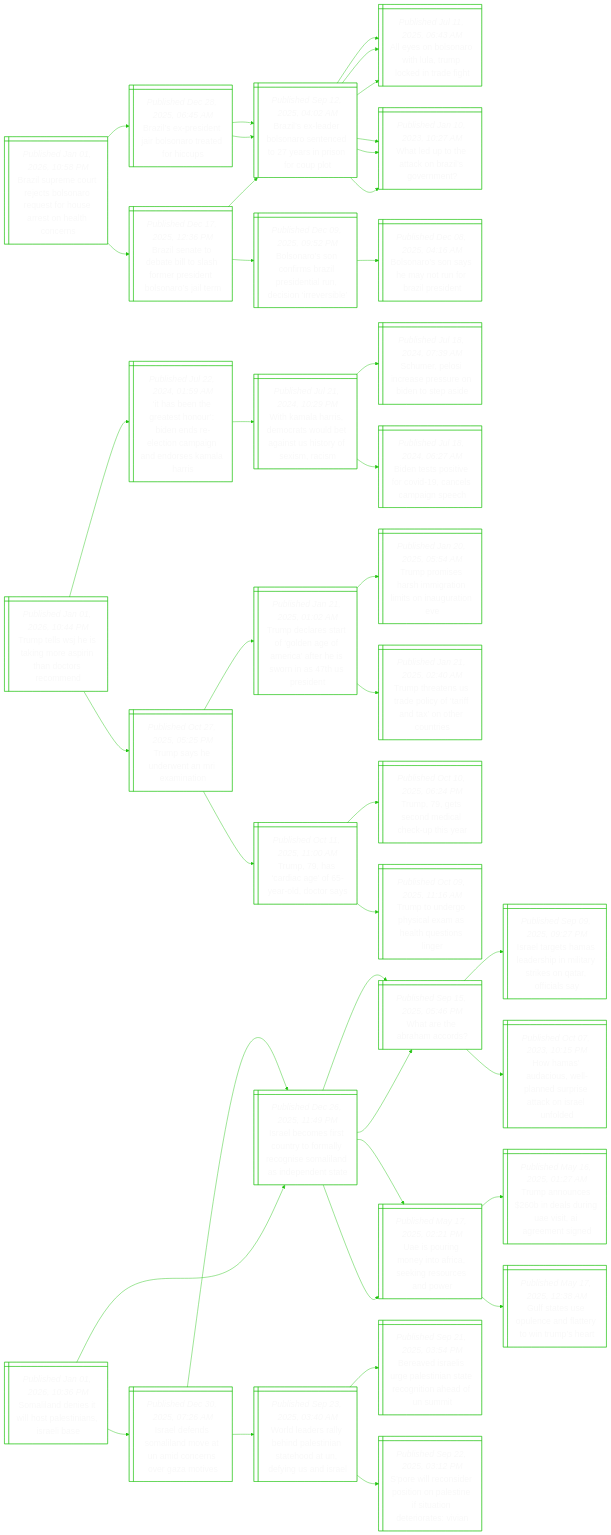
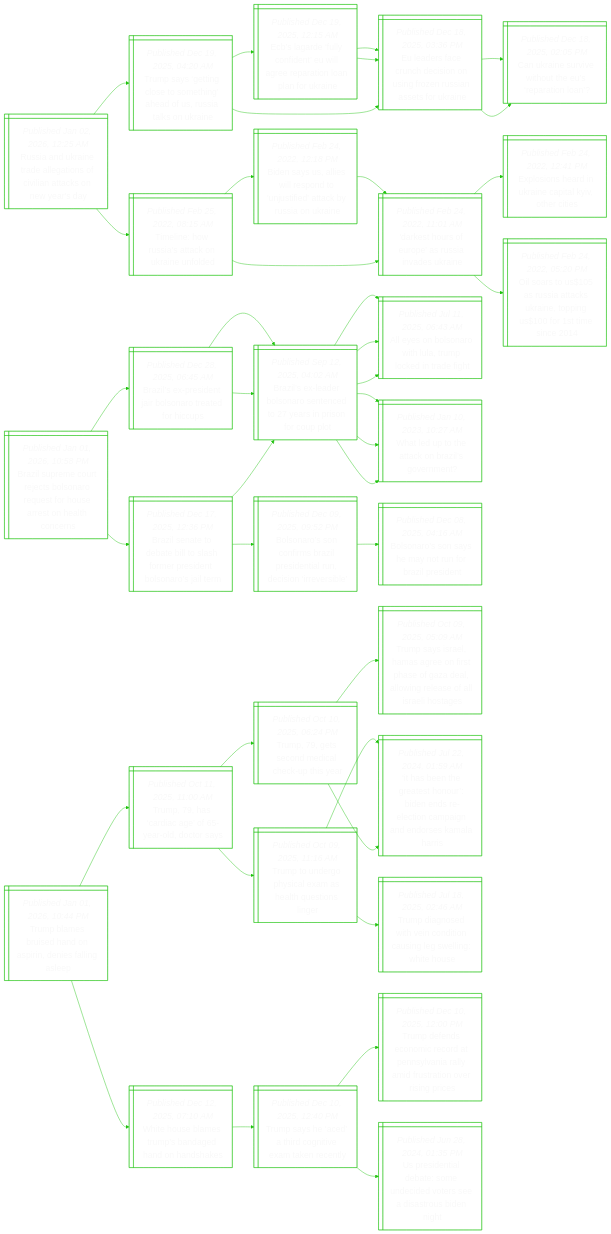
Before and after one commit to notJmes/notJmes: the diagram in README.md, drawn with Mermaid. The commit also changed other lines of this file, not shown here.

````diff
--- a/README.md
+++ b/README.md
@@ -15,6 +15,49 @@
 %%{init: {'theme':'base', 'themeVariables': {'primaryColor': "transparent", 'primaryTextColor': "#F9F9F9", 'lineColor': "#20C20E", 'primaryBorderColor':'#20C20E'}}}%%
 flowchart LR
 classDef txtsize font-size:20px;
+
+Rakeegniaanea@{ shape: win-pane, label: "_Published Jan 02, 2026, 12:25 AM_
+Russia and ukraine trade allegations of civilian attacks on new year's day" }
+TsegemnaSikke@{ shape: win-pane, label: "_Published Dec 19, 2025, 04:20 AM_
+Trump says ‘getting close to something’ ahead of us, russia talks on ukraine" }
+EdaueosrRaeri@{ shape: win-pane, label: "_Published Dec 18, 2025, 03:36 PM_
+Eu leaders face crunch decision on using frozen russian assets for ukraine" }
+Crsvhhral@{ shape: win-pane, label: "_Published Dec 18, 2025, 02:05 PM_
+Can ukraine survive without the eu’s ‘reparation loan’?" }
+Crsvhhral@{ shape: win-pane, label: "_Published Dec 18, 2025, 02:05 PM_
+Can ukraine survive without the eu’s ‘reparation loan’?" }
+EaeyiElernpoa@{ shape: win-pane, label: "_Published Dec 19, 2025, 12:15 AM_
+Ecb’s lagarde ‘fully confident’ eu will agree reparation loan plan for ukraine" }
+EdaueosrRaeri@{ shape: win-pane, label: "_Published Dec 18, 2025, 03:36 PM_
+Eu leaders face crunch decision on using frozen russian assets for ukraine" }
+EdaueosrRaeri@{ shape: win-pane, label: "_Published Dec 18, 2025, 03:36 PM_
+Eu leaders face crunch decision on using frozen russian assets for ukraine" }
+Tiwitnifd@{ shape: win-pane, label: "_Published Feb 25, 2022, 08:15 AM_
+Timeline: how russia's attack on ukraine unfolded" }
+DsruasvUn@{ shape: win-pane, label: "_Published Feb 24, 2022, 11:01 AM_
+'darkest hours of europe' as russia invades ukraine" }
+Eshiaalocs@{ shape: win-pane, label: "_Published Feb 24, 2022, 12:41 PM_
+Explosions heard in ukraine capital kyiv, other cities" }
+OaUuakaogrmc@{ shape: win-pane, label: "_Published Feb 24, 2022, 05:20 PM_
+Oil soars to us$105 as russia attacks ukraine, topping us$100 for 1st time since 2014" }
+BsSeloutdcuoa@{ shape: win-pane, label: "_Published Feb 24, 2022, 12:18 PM_
+Biden says us, allies will respond to 'unjustified' attack by russia on ukraine" }
+DsruasvUn@{ shape: win-pane, label: "_Published Feb 24, 2022, 11:01 AM_
+'darkest hours of europe' as russia invades ukraine" }
+
+Rakeegniaanea:::txtsize --> TsegemnaSikke:::txtsize
+TsegemnaSikke:::txtsize --> EdaueosrRaeri:::txtsize
+EdaueosrRaeri:::txtsize --> Crsvhhral:::txtsize
+EdaueosrRaeri:::txtsize --> Crsvhhral:::txtsize
+TsegemnaSikke:::txtsize --> EaeyiElernpoa:::txtsize
+EaeyiElernpoa:::txtsize --> EdaueosrRaeri:::txtsize
+EaeyiElernpoa:::txtsize --> EdaueosrRaeri:::txtsize
+Rakeegniaanea:::txtsize --> Tiwitnifd:::txtsize
+Tiwitnifd:::txtsize --> DsruasvUn:::txtsize
+DsruasvUn:::txtsize --> Eshiaalocs:::txtsize
+DsruasvUn:::txtsize --> OaUuakaogrmc:::txtsize
+Tiwitnifd:::txtsize --> BsSeloutdcuoa:::txtsize
+BsSeloutdcuoa:::txtsize --> DsruasvUn:::txtsize
 
 BleujBnetorolns@{ shape: win-pane, label: "_Published Jan 01, 2026, 10:58 PM_
 Brazil supreme court rejects bolsonaro request for house arrest on health concerns" }
@@ -59,87 +102,41 @@
 BleBnecyisrp:::txtsize --> Aeoataperi:::txtsize
 BleBnecyisrp:::txtsize --> Weotozom:::txtsize
 
-TtWiirihcrm@{ shape: win-pane, label: "_Published Jan 01, 2026, 10:44 PM_
-Trump tells wsj he is taking more aspirin than doctors recommend" }
-IbhahrnrccidraHs@{ shape: win-pane, label: "_Published Jul 22, 2024, 01:59 AM_
-‘it has been the greatest honour’: biden ends re-election campaign and endorses kamala harris" }
-WaHscwbaUtfsi@{ shape: win-pane, label: "_Published Jul 21, 2024, 10:29 PM_
-With kamala harris, democrats would bet against us history of sexism, racism" }
-Seocesnned@{ shape: win-pane, label: "_Published Jul 18, 2024, 07:39 AM_
-Schumer, pelosi increase pressure on biden to step aside" }
-Btpirdemnc@{ shape: win-pane, label: "_Published Jul 18, 2024, 06:27 AM_
-Biden tests positive for covid-19, cancels campaign speech" }
-Tseraenn@{ shape: win-pane, label: "_Published Oct 27, 2025, 05:25 PM_
-Trump says he underwent an mri examination" }
-TdragnfitirsPd@{ shape: win-pane, label: "_Published Jan 21, 2025, 01:02 AM_
-Trump declares start of ‘golden age of america’ after he is sworn in as 47th us president" }
-Tpsrmtioutv@{ shape: win-pane, label: "_Published Jan 20, 2025, 05:54 AM_
-Trump promises harsh immigration limits on inauguration eve" }
-TttSecaaxhue@{ shape: win-pane, label: "_Published Jan 21, 2025, 02:40 AM_
-Trump threatens us trade policy of ‘tariff and tax’ on other countries" }
+Tbssnsnels@{ shape: win-pane, label: "_Published Jan 01, 2026, 10:44 PM_
+Trump blames bruised hand on aspirin, denies falling asleep" }
 Thraylty@{ shape: win-pane, label: "_Published Oct 11, 2025, 11:00 AM_
 Trump, 79, has ‘cardiac age’ of 65-year-old, doctor says" }
 Tgemacha@{ shape: win-pane, label: "_Published Oct 10, 2025, 06:24 PM_
 Trump, 79, gets second medical check-up this year" }
+TssHaossaaorslaoe@{ shape: win-pane, label: "_Published Oct 09, 2025, 05:09 AM_
+Trump says israel, hamas agree on first phase of gaza deal, allowing release of all israeli hostages" }
+IbhahrnrccidraHs@{ shape: win-pane, label: "_Published Jul 22, 2024, 01:59 AM_
+‘it has been the greatest honour’: biden ends re-election campaign and endorses kamala harris" }
 Ttehamauon@{ shape: win-pane, label: "_Published Oct 09, 2025, 11:16 AM_
 Trump to undergo physical exam as health questions linger" }
+Tdoiidniglho@{ shape: win-pane, label: "_Published Jul 18, 2025, 02:46 AM_
+Trump diagnosed with vein condition causing leg swelling: white house" }
+IbhahrnrccidraHs@{ shape: win-pane, label: "_Published Jul 22, 2024, 01:59 AM_
+‘it has been the greatest honour’: biden ends re-election campaign and endorses kamala harris" }
+WHbspdhnss@{ shape: win-pane, label: "_Published Dec 12, 2025, 07:10 AM_
+White house blames trump’s bandaged hand on handshakes" }
+Tseadieael@{ shape: win-pane, label: "_Published Dec 10, 2025, 12:40 PM_
+Trump says he ‘aced’ a third cognitive exam taken recently" }
+Tddnrdnvraraoips@{ shape: win-pane, label: "_Published Dec 10, 2025, 12:00 PM_
+Trump defends economic record at pennsylvania rally amid frustration over rising prices" }
+UsteSndtesodg@{ shape: win-pane, label: "_Published Jun 28, 2024, 01:35 PM_
+Us presidential debate: some undecided voters see a disastrous biden night" }
 
-TtWiirihcrm:::txtsize --> IbhahrnrccidraHs:::txtsize
-IbhahrnrccidraHs:::txtsize --> WaHscwbaUtfsi:::txtsize
-WaHscwbaUtfsi:::txtsize --> Seocesnned:::txtsize
-WaHscwbaUtfsi:::txtsize --> Btpirdemnc:::txtsize
-TtWiirihcrm:::txtsize --> Tseraenn:::txtsize
-Tseraenn:::txtsize --> TdragnfitirsPd:::txtsize
-TdragnfitirsPd:::txtsize --> Tpsrmtioutv:::txtsize
-TdragnfitirsPd:::txtsize --> TttSecaaxhue:::txtsize
-Tseraenn:::txtsize --> Thraylty:::txtsize
+Tbssnsnels:::txtsize --> Thraylty:::txtsize
 Thraylty:::txtsize --> Tgemacha:::txtsize
+Tgemacha:::txtsize --> TssHaossaaorslaoe:::txtsize
+Tgemacha:::txtsize --> IbhahrnrccidraHs:::txtsize
 Thraylty:::txtsize --> Ttehamauon:::txtsize
-
-Sidsltsarb@{ shape: win-pane, label: "_Published Jan 01, 2026, 10:36 PM_
-Somaliland denies it will host palestinians, israeli base" }
-Ilmrutmrnolspnt@{ shape: win-pane, label: "_Published Dec 26, 2025, 11:49 PM_
-Israel becomes first country to formally recognise somaliland as independent state" }
-WrAao@{ shape: win-pane, label: "_Published Sep 15, 2025, 05:46 PM_
-What are the abraham accords?" }
-Ilemahmaroais@{ shape: win-pane, label: "_Published Sep 09, 2025, 09:27 PM_
-Israel targets hamas leadership in military strikes on qatar, officials say" }
-Hmdulnrecsud@{ shape: win-pane, label: "_Published Oct 07, 2023, 10:15 PM_
-How hamas’ audacious, well-planned surprise attack on israel unfolded" }
-Upneockecdr@{ shape: win-pane, label: "_Published May 17, 2025, 02:21 PM_
-Uae is pouring money into africa, seeking resources and power" }
-TaniliEtrnn@{ shape: win-pane, label: "_Published May 16, 2025, 01:27 AM_
-Trump announces $260b in deals during uae visit, ai agreement signed" }
-Gtuuelrima@{ shape: win-pane, label: "_Published May 17, 2025, 12:38 AM_
-Gulf states use opulence and flattery to win trump’s heart" }
-IlnmavNcreav@{ shape: win-pane, label: "_Published Dec 30, 2025, 07:26 AM_
-Israel defends somaliland move at un amid concerns over gaza motives" }
-Ilmrutmrnolspnt@{ shape: win-pane, label: "_Published Dec 26, 2025, 11:49 PM_
-Israel becomes first country to formally recognise somaliland as independent state" }
-WrAao@{ shape: win-pane, label: "_Published Sep 15, 2025, 05:46 PM_
-What are the abraham accords?" }
-Upneockecdr@{ shape: win-pane, label: "_Published May 17, 2025, 02:21 PM_
-Uae is pouring money into africa, seeking resources and power" }
-WlrlilntoUySs@{ shape: win-pane, label: "_Published Sep 23, 2025, 03:40 AM_
-World leaders rally behind palestinian statehood at un, defying us and israel" }
-BvrsPtnegoaNi@{ shape: win-pane, label: "_Published Sep 21, 2025, 03:54 PM_
-Bereaved israelis urge palestinian state recognition ahead of un summit" }
-Sweiooaisteosa@{ shape: win-pane, label: "_Published Sep 22, 2025, 03:12 PM_
-S’pore will reconsider position on palestine if situation deteriorates: vivian" }
-
-Sidsltsarb:::txtsize --> Ilmrutmrnolspnt:::txtsize
-Ilmrutmrnolspnt:::txtsize --> WrAao:::txtsize
-WrAao:::txtsize --> Ilemahmaroais:::txtsize
-WrAao:::txtsize --> Hmdulnrecsud:::txtsize
-Ilmrutmrnolspnt:::txtsize --> Upneockecdr:::txtsize
-Upneockecdr:::txtsize --> TaniliEtrnn:::txtsize
-Upneockecdr:::txtsize --> Gtuuelrima:::txtsize
-Sidsltsarb:::txtsize --> IlnmavNcreav:::txtsize
-IlnmavNcreav:::txtsize --> Ilmrutmrnolspnt:::txtsize
-Ilmrutmrnolspnt:::txtsize --> WrAao:::txtsize
-Ilmrutmrnolspnt:::txtsize --> Upneockecdr:::txtsize
-IlnmavNcreav:::txtsize --> WlrlilntoUySs:::txtsize
-WlrlilntoUySs:::txtsize --> BvrsPtnegoaNi:::txtsize
-WlrlilntoUySs:::txtsize --> Sweiooaisteosa:::txtsize
+Ttehamauon:::txtsize --> Tdoiidniglho:::txtsize
+Ttehamauon:::txtsize --> IbhahrnrccidraHs:::txtsize
+Tbssnsnels:::txtsize --> WHbspdhnss:::txtsize
+WHbspdhnss:::txtsize --> Tseadieael:::txtsize
+Tseadieael:::txtsize --> Tddnrdnvraraoips:::txtsize
+Tseadieael:::txtsize --> UsteSndtesodg:::txtsize
 
 ```
````
